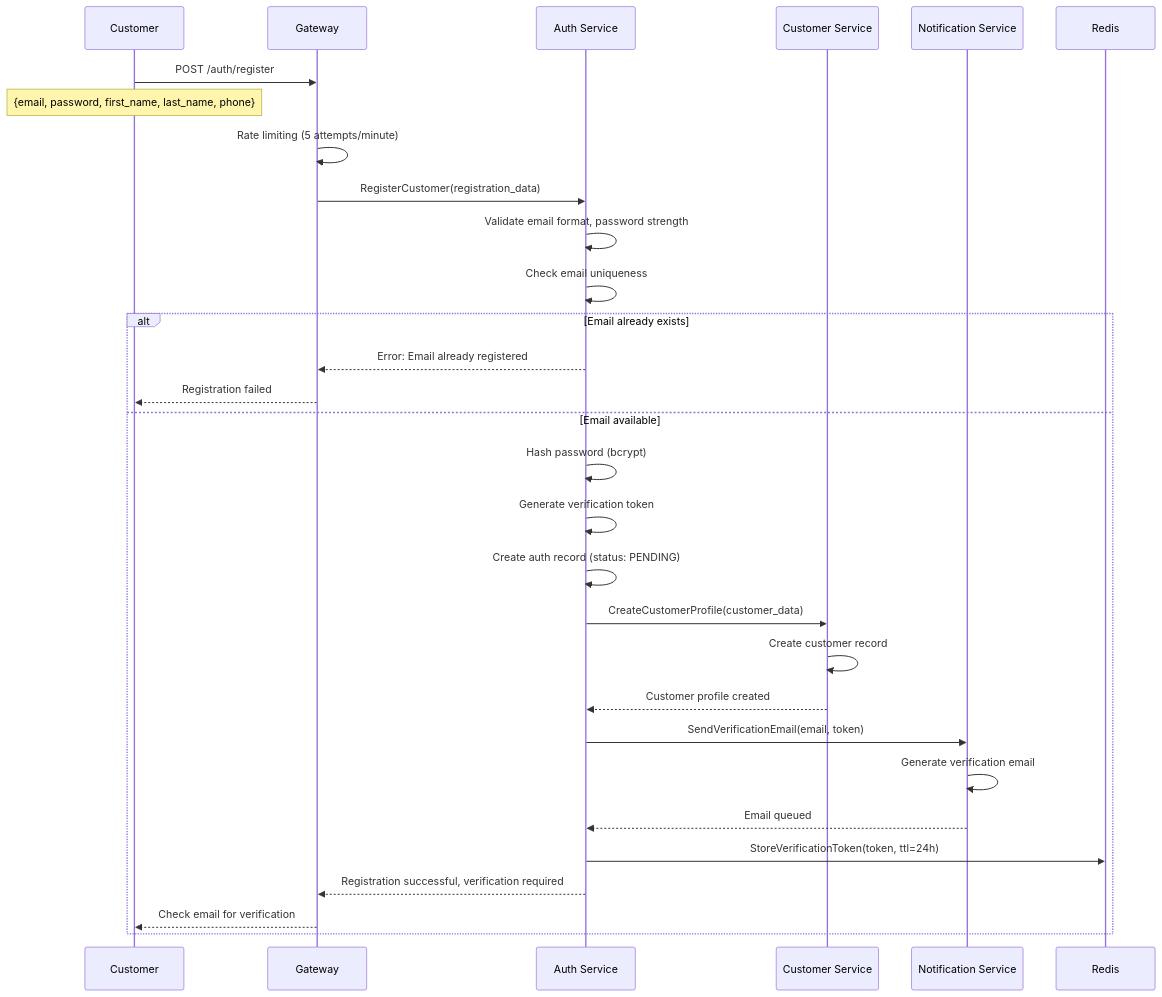
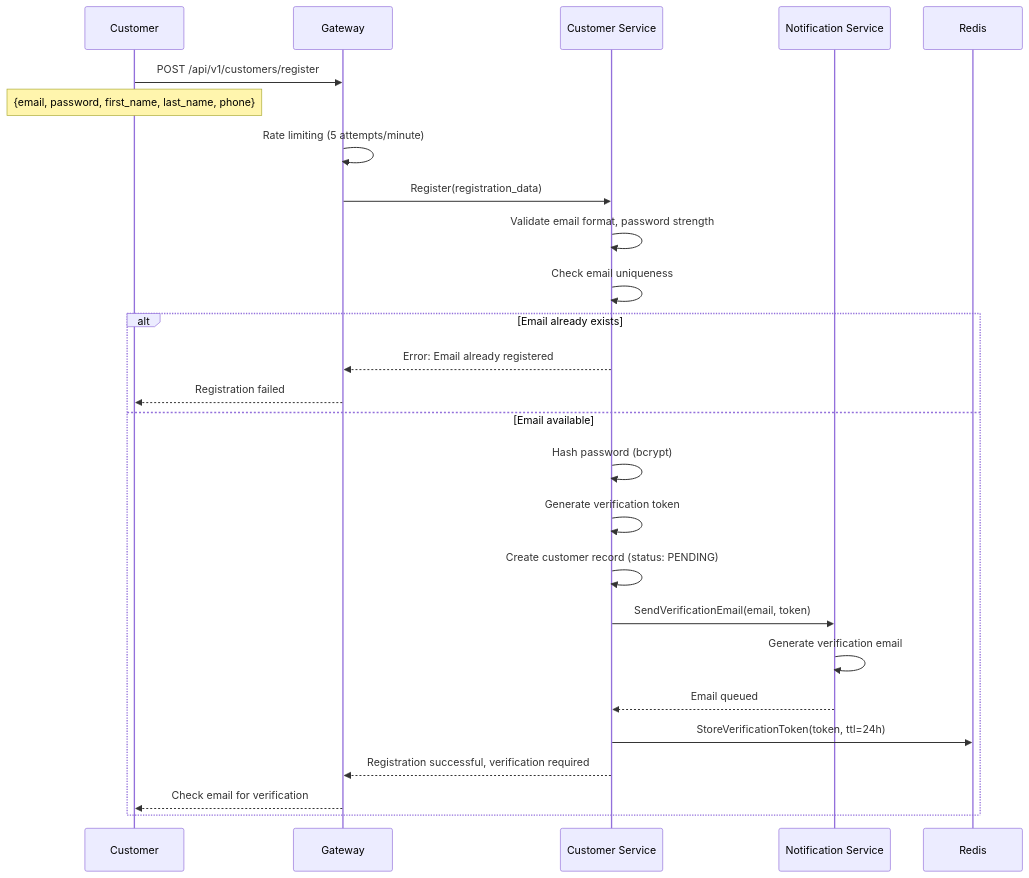
Before and after one commit to vesviet/Composable-Commerce-Service-Architecture: the first of 15 diagrams in 05-workflows/customer-journey/account-management.md, drawn with Mermaid. The commit also changed other lines of this file and 79 other files, not shown here.

First line of the commit message:
docs: workflow reviews, sequence diagrams, checklists and completeness assessment

````diff
--- a/05-workflows/customer-journey/account-management.md
+++ b/05-workflows/customer-journey/account-management.md
@@ -45,39 +63,34 @@
 ```mermaid
 sequenceDiagram
     participant C as Customer
     participant G as Gateway
-    participant A as Auth Service
     participant CUS as Customer Service
     participant N as Notification Service
     participant Cache as Redis
     
-    C->>G: POST /auth/register
+    C->>G: POST /api/v1/customers/register
     Note over C: {email, password, first_name, last_name, phone}
     
     G->>G: Rate limiting (5 attempts/minute)
-    G->>A: RegisterCustomer(registration_data)
+    G->>CUS: Register(registration_data)
     
-    A->>A: Validate email format, password strength
-    A->>A: Check email uniqueness
+    CUS->>CUS: Validate email format, password strength
+    CUS->>CUS: Check email uniqueness
     
     alt Email already exists
-        A-->>G: Error: Email already registered
+        CUS-->>G: Error: Email already registered
         G-->>C: Registration failed
     else Email available
-        A->>A: Hash password (bcrypt)
-        A->>A: Generate verification token
-        A->>A: Create auth record (status: PENDING)
+        CUS->>CUS: Hash password (bcrypt)
+        CUS->>CUS: Generate verification token
+        CUS->>CUS: Create customer record (status: PENDING)
         
-        A->>CUS: CreateCustomerProfile(customer_data)
-        CUS->>CUS: Create customer record
-        CUS-->>A: Customer profile created
+        CUS->>N: SendVerificationEmail(email, token)
+        N->>N: Generate verification email
+        N-->>CUS: Email queued
         
-        A->>N: SendVerificationEmail(email, token)
-        N->>N: Generate verification email
-        N-->>A: Email queued
-        
-        A->>Cache: StoreVerificationToken(token, ttl=24h)
-        A-->>G: Registration successful, verification required
+        CUS->>Cache: StoreVerificationToken(token, ttl=24h)
+        CUS-->>G: Registration successful, verification required
         G-->>C: Check email for verification
     end
 ```
````
